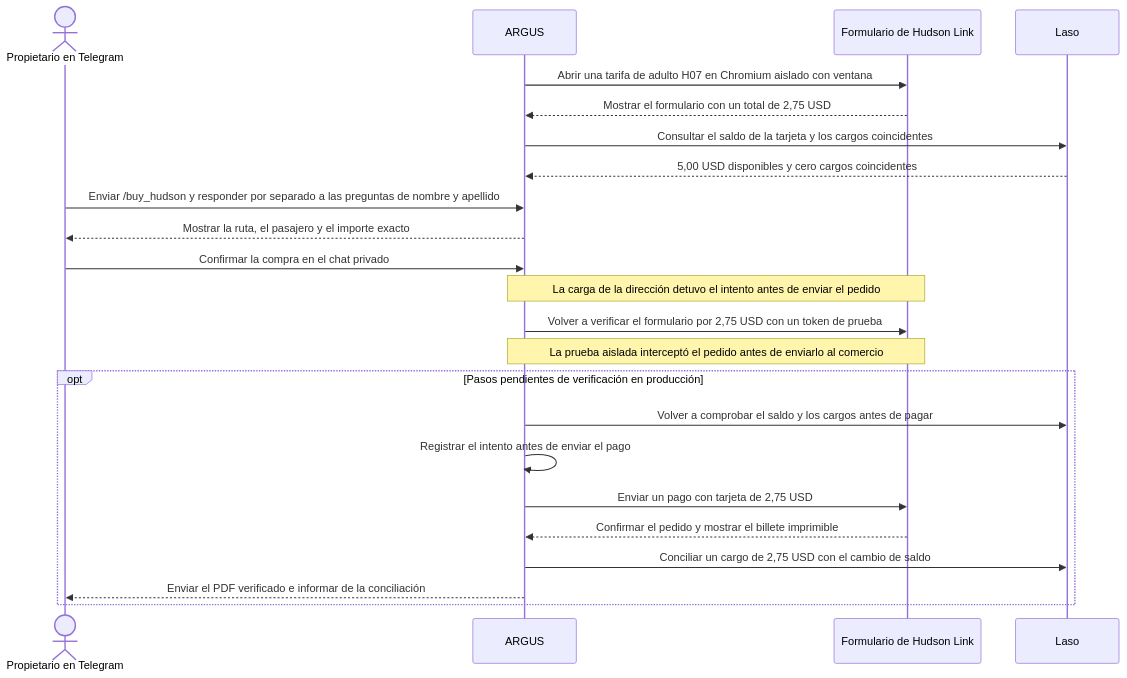
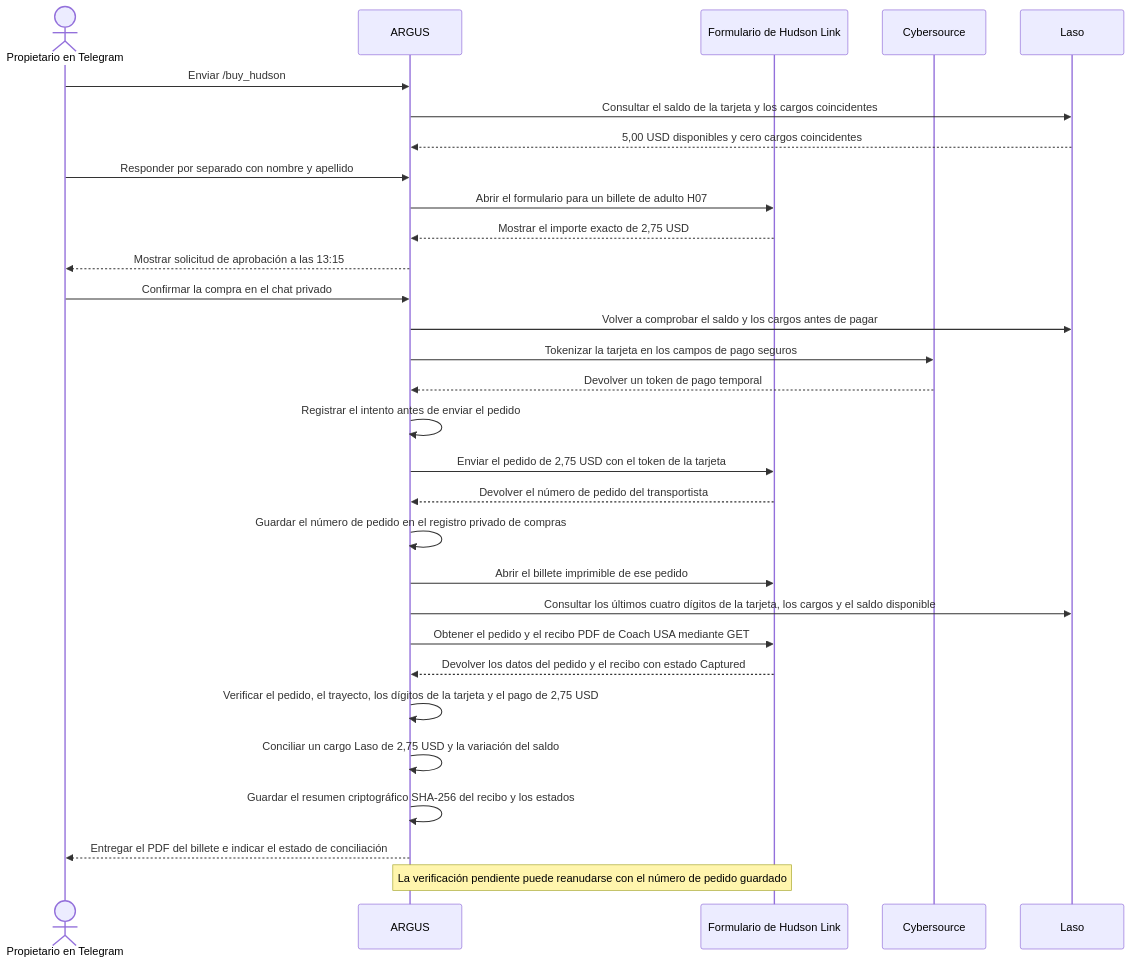
One commit to alexar76/argus changed the diagram in docs/use-case-hudson-link-es.md. Above: the diagram before and after it, drawn with Mermaid. The commit also changed other lines of this file and 18 other files, not shown here.

````diff
--- a/docs/use-case-hudson-link-es.md
+++ b/docs/use-case-hudson-link-es.md
@@ -9,25 +11,32 @@
 ```mermaid
 sequenceDiagram
     actor O as Propietario en Telegram
     participant A as ARGUS
     participant H as Formulario de Hudson Link
+    participant C as Cybersource
     participant L as Laso
-    A->>H: Abrir una tarifa de adulto H07 en Chromium aislado con ventana
-    H-->>A: Mostrar el formulario con un total de 2,75 USD
+    O->>A: Enviar /buy_hudson
     A->>L: Consultar el saldo de la tarjeta y los cargos coincidentes
     L-->>A: 5,00 USD disponibles y cero cargos coincidentes
-    O->>A: Enviar /buy_hudson y responder por separado a las preguntas de nombre y apellido
-    A-->>O: Mostrar la ruta, el pasajero y el importe exacto
+    O->>A: Responder por separado con nombre y apellido
+    A->>H: Abrir el formulario para un billete de adulto H07
+    H-->>A: Mostrar el importe exacto de 2,75 USD
+    A-->>O: Mostrar solicitud de aprobación a las 13:15
     O->>A: Confirmar la compra en el chat privado
-    Note over A,H: La carga de la dirección detuvo el intento antes de enviar el pedido
-    A->>H: Volver a verificar el formulario por 2,75 USD con un token de prueba
-    Note over A,H: La prueba aislada interceptó el pedido antes de enviarlo al comercio
-    opt Pasos pendientes de verificación en producción
-        A->>L: Volver a comprobar el saldo y los cargos antes de pagar
-        A->>A: Registrar el intento antes de enviar el pago
-        A->>H: Enviar un pago con tarjeta de 2,75 USD
-        H-->>A: Confirmar el pedido y mostrar el billete imprimible
-        A->>L: Conciliar un cargo de 2,75 USD con el cambio de saldo
-        A-->>O: Enviar el PDF verificado e informar de la conciliación
-    end
+    A->>L: Volver a comprobar el saldo y los cargos antes de pagar
+    A->>C: Tokenizar la tarjeta en los campos de pago seguros
+    C-->>A: Devolver un token de pago temporal
+    A->>A: Registrar el intento antes de enviar el pedido
+    A->>H: Enviar el pedido de 2,75 USD con el token de la tarjeta
+    H-->>A: Devolver el número de pedido del transportista
+    A->>A: Guardar el número de pedido en el registro privado de compras
+    A->>H: Abrir el billete imprimible de ese pedido
+    A->>L: Consultar los últimos cuatro dígitos de la tarjeta, los cargos y el saldo disponible
+    A->>H: Obtener el pedido y el recibo PDF de Coach USA mediante GET
+    H-->>A: Devolver los datos del pedido y el recibo con estado Captured
+    A->>A: Verificar el pedido, el trayecto, los dígitos de la tarjeta y el pago de 2,75 USD
+    A->>A: Conciliar un cargo Laso de 2,75 USD y la variación del saldo
+    A->>A: Guardar el resumen criptográfico SHA-256 del recibo y los estados
+    A-->>O: Entregar el PDF del billete e indicar el estado de conciliación
+    Note over A,H: La verificación pendiente puede reanudarse con el número de pedido guardado
 ```
````
